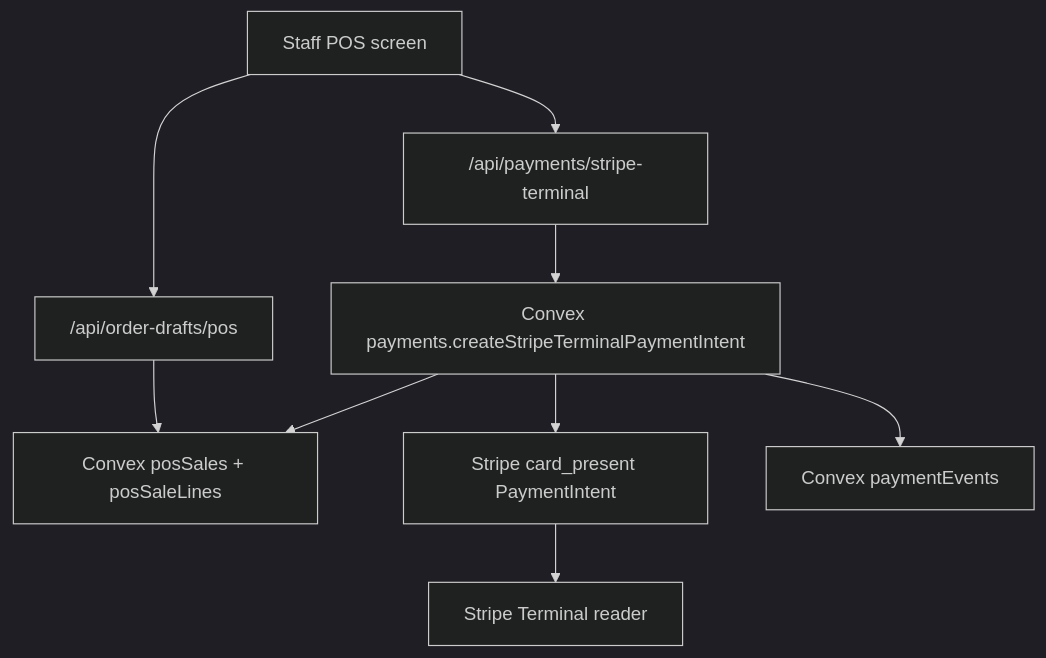
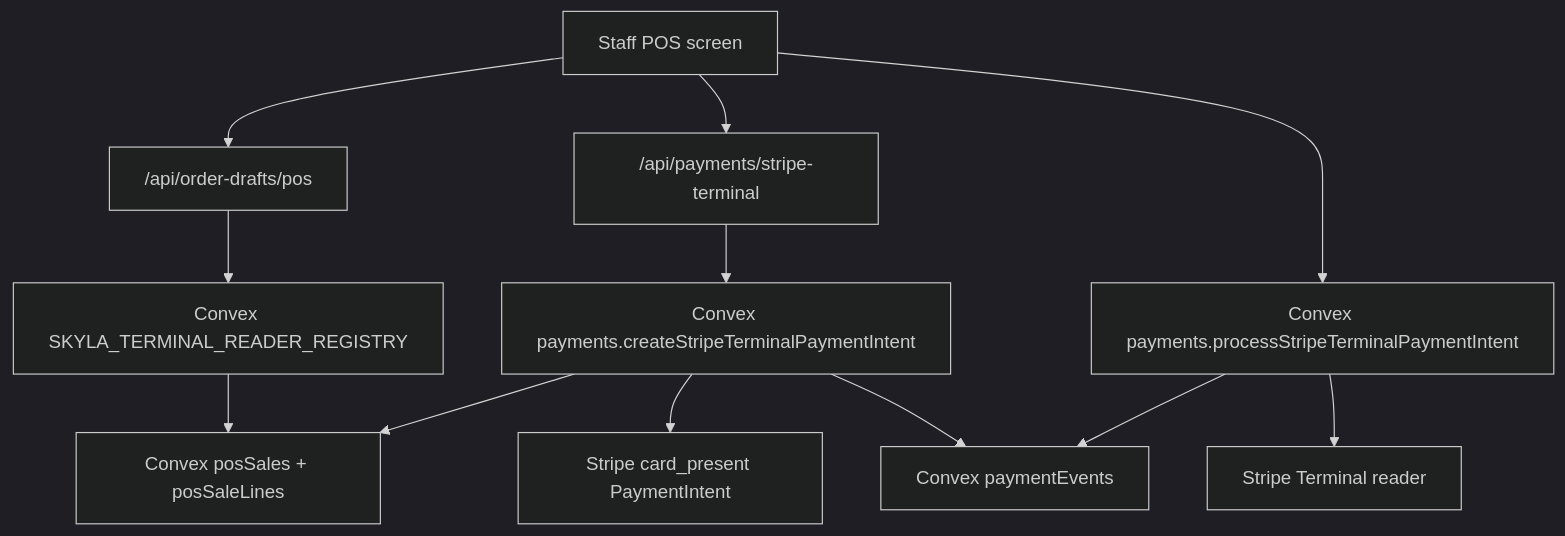
The diagram in docs/runbooks/stripe-terminal-cutover.md (junyengit/skyla), drawn with Mermaid (dark theme) before and after one commit. The commit also changed other lines of this file and 34 other files, not shown here.

Commit message:
Add server-driven Terminal reader handoff

````diff
--- a/docs/runbooks/stripe-terminal-cutover.md
+++ b/docs/runbooks/stripe-terminal-cutover.md
@@ -21,16 +24,20 @@
 ```mermaid
 flowchart TD
   staff["Staff POS screen"]
   draft["/api/order-drafts/pos"]
   sale["Convex posSales + posSaleLines"]
   pay["/api/payments/stripe-terminal"]
   action["Convex payments.createStripeTerminalPaymentIntent"]
+  process["Convex payments.processStripeTerminalPaymentIntent"]
   stripe["Stripe card_present PaymentIntent"]
   reader["Stripe Terminal reader"]
   ledger["Convex paymentEvents"]
+  registry["Convex SKYLA_TERMINAL_READER_REGISTRY"]
 
-  staff --> draft --> sale
+  staff --> draft --> registry --> sale
   staff --> pay --> action --> sale
-  action --> stripe --> reader
+  action --> stripe
+  staff --> process --> reader
   action --> ledger
+  process --> ledger
 ```
````
